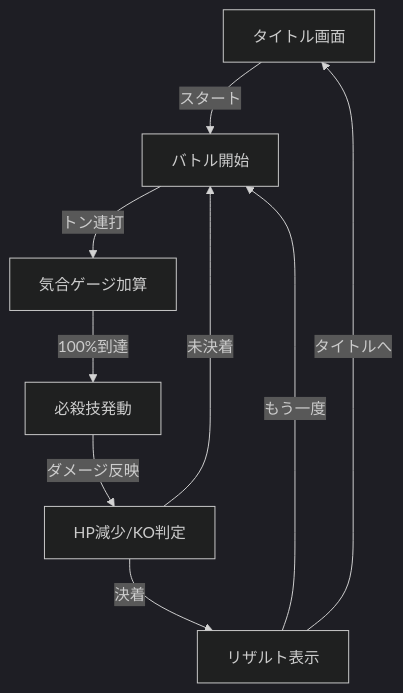
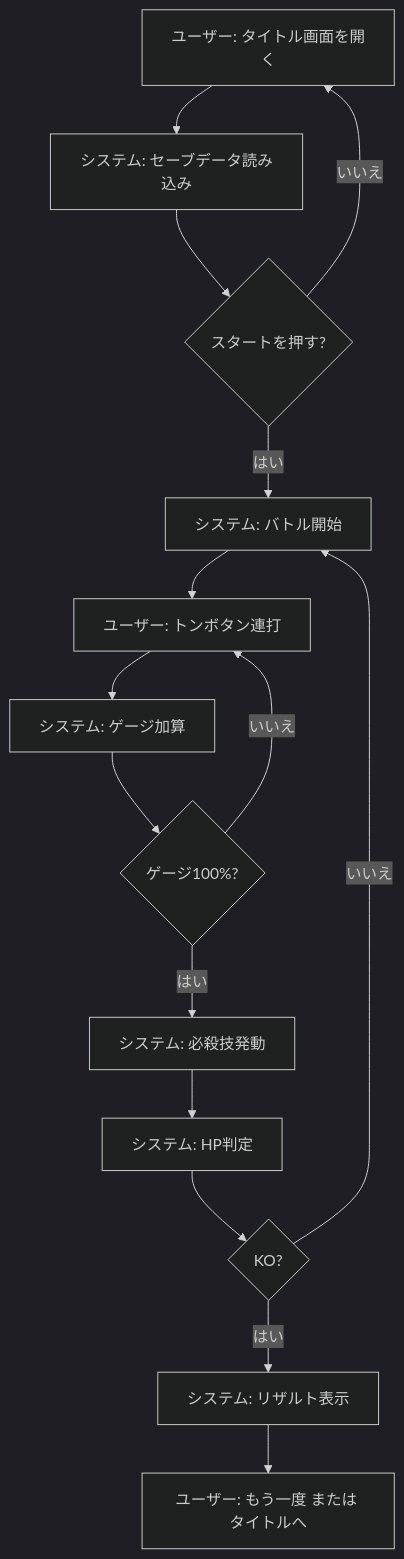
The first of 2 diagrams in README.md (usagi917/sumo_game), drawn with Mermaid (dark theme) before and after one commit. The commit also changed other lines of this file and 2 other files, not shown here.

````diff
--- a/README.md
+++ b/README.md
@@ -216,11 +64,17 @@
 ```mermaid
-flowchart TD
-  T[タイトル画面] -->|スタート| B[バトル開始]
-  B -->|トン連打| G[気合ゲージ加算]
-  G -->|100%到達| S[必殺技発動]
-  S -->|ダメージ反映| K[HP減少/KO判定]
-  K -->|決着| R[リザルト表示]
-  R -->|もう一度| B
-  R -->|タイトルへ| T
-  K -->|未決着| B
+graph TD
+  A[ユーザー: タイトル画面を開く] --> B[システム: セーブデータ読み込み]
+  B --> C{スタートを押す?}
+  C -->|いいえ| A
+  C -->|はい| D[システム: バトル開始]
+  D --> E[ユーザー: トンボタン連打]
+  E --> F[システム: ゲージ加算]
+  F --> G{ゲージ100%?}
+  G -->|いいえ| E
+  G -->|はい| H[システム: 必殺技発動]
+  H --> I[システム: HP判定]
+  I --> J{KO?}
+  J -->|いいえ| D
+  J -->|はい| K[システム: リザルト表示]
+  K --> L[ユーザー: もう一度 または タイトルへ]
 ```
````
